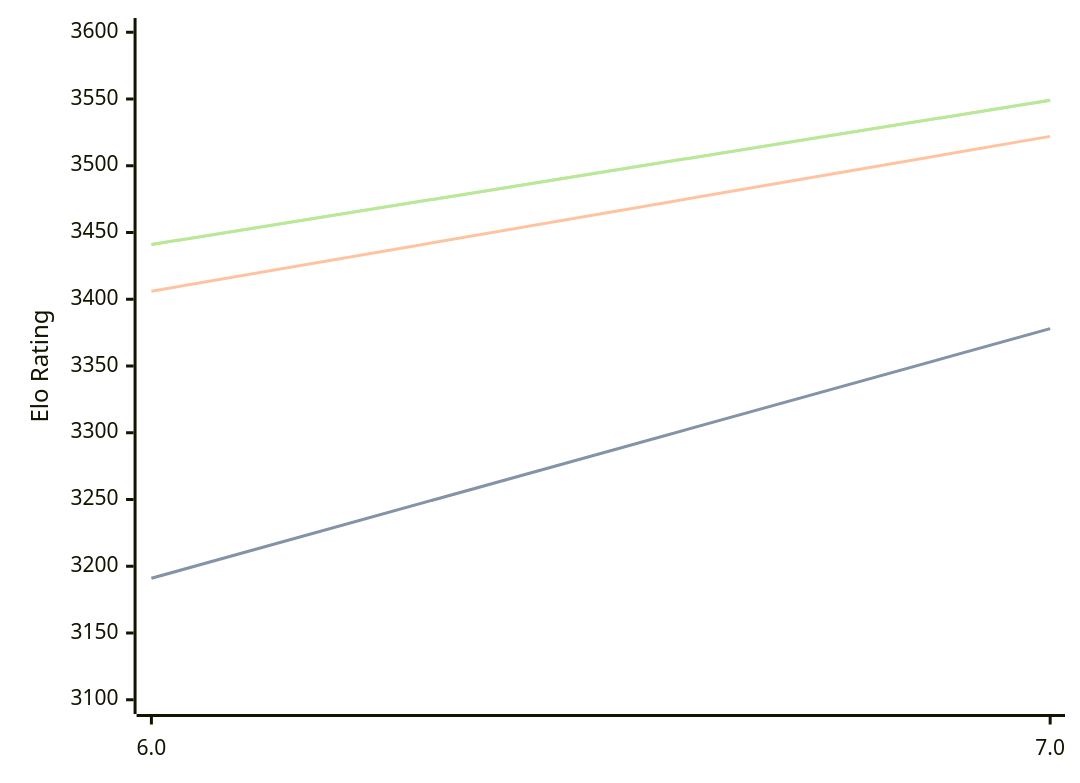
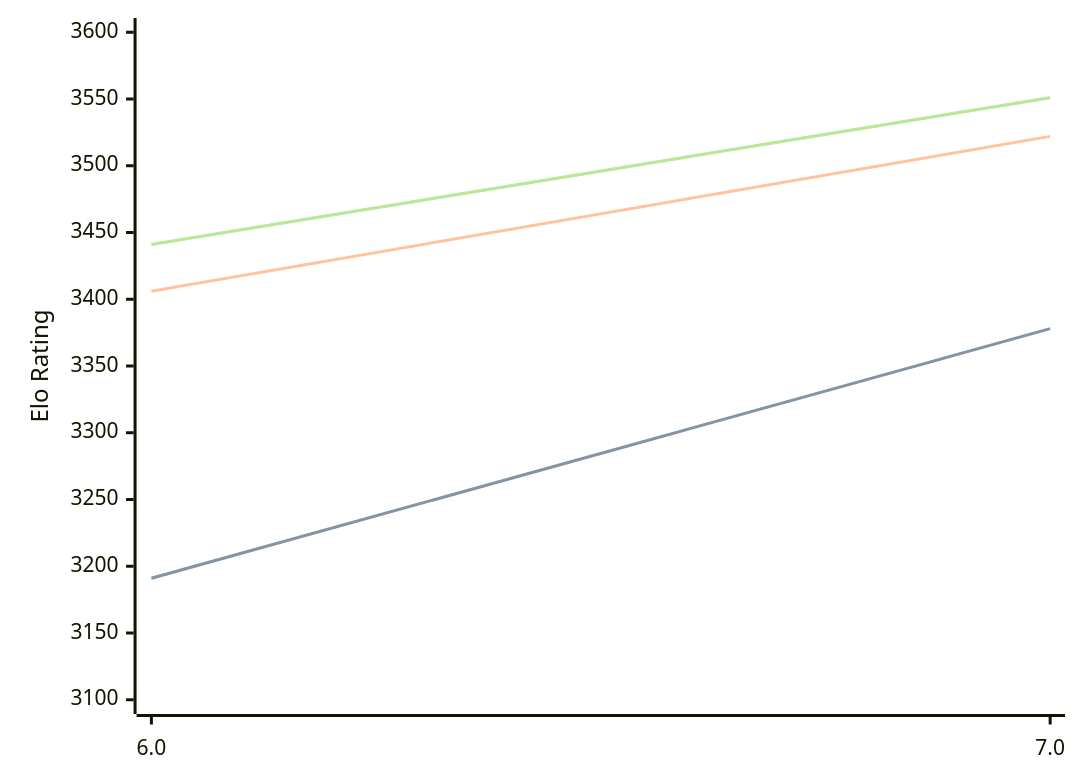
The diagram in engines/Devre.md (computer-chess-index/cci), drawn with Mermaid before and after one commit. The commit also changed other lines of this file, not shown here.

Commit message:
Update CCI Ratings (ELO VLTC) - 2026-09-08

````diff
--- a/engines/Devre.md
+++ b/engines/Devre.md
@@ -32,11 +32,11 @@
 ```mermaid
 %%{init: {"theme":"base","themeVariables":{"seriesColors:['#a3a3a3','#222221','#faa371']}}}%%
 xychart-beta
   x-axis ["6.0", "7.0"]
   y-axis "Elo Rating" 3100 --> 3600
   line "" [3191, 3378]
   line "STC (8.0+0.08s)" [3191, 3378]
   line "LTC (60.0+0.60s)" [3406, 3522]
-  line "" [3441, 3549]
-  line "VLTC (2m24s+1.12s)" [3441, 3549]
+  line "" [3441, 3551]
+  line "VLTC (2m24s+1.12s)" [3441, 3551]
 ```
````
